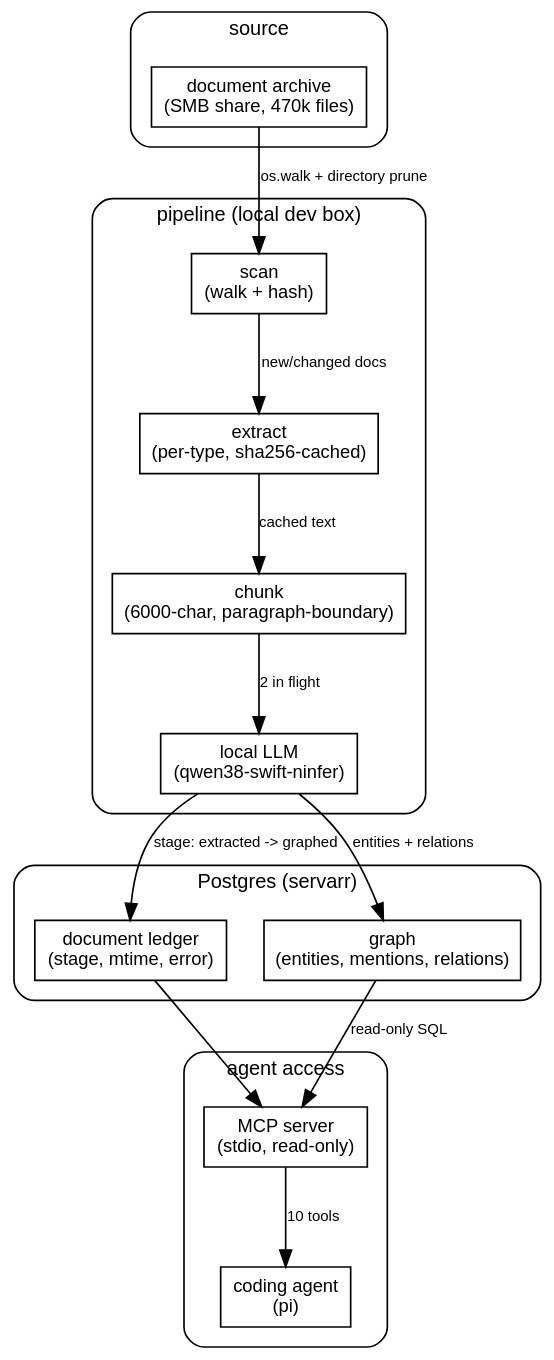
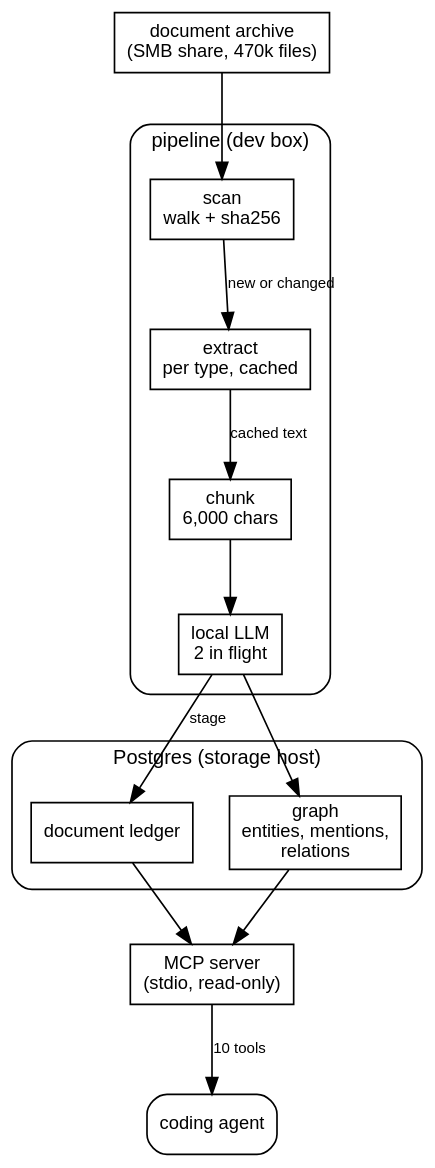
Before and after one commit to erfianugrah/lexicanum: the first of 3 diagrams in src/content/docs/reference/personal-knowledge-graph-local-llm.mdx, drawn with Graphviz. The commit also changed other lines of this file and 14 other files, not shown here.

First line of the commit message:
docs(harnesses): presentation, diagram and prose pass over the pi harness series (lexicanum#57)

````diff
--- a/src/content/docs/reference/personal-knowledge-graph-local-llm.mdx
+++ b/src/content/docs/reference/personal-knowledge-graph-local-llm.mdx
@@ -52,40 +40,37 @@
 ```dot
 digraph {
-  rankdir=TB; bgcolor="transparent"; nodesep=0.3; ranksep=0.7;
+  rankdir=TB; bgcolor="transparent"; nodesep=0.3; ranksep=0.6;
   fontname="Helvetica,Arial,sans-serif";
   node [fontname="Helvetica,Arial,sans-serif", fontsize=11, shape=box];
   edge [fontname="Helvetica,Arial,sans-serif", fontsize=9];
 
-  subgraph cluster_source {
-    label="source"; style=rounded; fontsize=12; margin=12;
-    archive [label="document archive\n(SMB share, 470k files)"];
-  }
+  archive [label="document archive\n(SMB share, 470k files)"];
+
   subgraph cluster_pipeline {
-    label="pipeline (local dev box)"; style=rounded; fontsize=12; margin=12;
-    scan [label="scan\n(walk + hash)"];
-    extract [label="extract\n(per-type, sha256-cached)"];
-    chunk [label="chunk\n(6000-char, paragraph-boundary)"];
-    llm [label="local LLM\n(qwen38-swift-ninfer)"];
-  }
-  subgraph cluster_store {
-    label="Postgres (servarr)"; style=rounded; fontsize=12; margin=12;
-    ledger [label="document ledger\n(stage, mtime, error)"];
-    graphdb [label="graph\n(entities, mentions, relations)"];
-  }
-  subgraph cluster_access {
-    label="agent access"; style=rounded; fontsize=12; margin=12;
-    mcp [label="MCP server\n(stdio, read-only)"];
-    agent [label="coding agent\n(pi)"];
+    label="pipeline (dev box)"; style=rounded; fontsize=12; margin=12;
+    scan [label="scan\nwalk + sha256"];
+    extract [label="extract\nper type, cached"];
+    chunk [label="chunk\n6,000 chars"];
+    llm [label="local LLM\n2 in flight"];
   }
 
-  archive -> scan [label="os.walk + directory prune"];
-  scan -> extract [label="new/changed docs"];
+  subgraph cluster_store {
+    label="Postgres (storage host)"; style=rounded; fontsize=12; margin=12;
+    ledger [label="document ledger"];
+    graphdb [label="graph\nentities, mentions,\nrelations"];
+  }
+
+  mcp [label="MCP server\n(stdio, read-only)"];
+  agent [label="coding agent", style=rounded];
+
+  archive -> scan;
+  scan -> extract [label="new or changed"];
   extract -> chunk [label="cached text"];
-  chunk -> llm [label="2 in flight"];
-  llm -> graphdb [label="entities + relations"];
-  llm -> ledger [label="stage: extracted -> graphed"];
-  graphdb -> mcp [label="read-only SQL"];
+  chunk -> llm;
+  llm -> graphdb;
+  llm -> ledger [label="stage"];
+  graphdb -> mcp;
   ledger -> mcp;
   mcp -> agent [label="10 tools"];
 }
 ```
````
